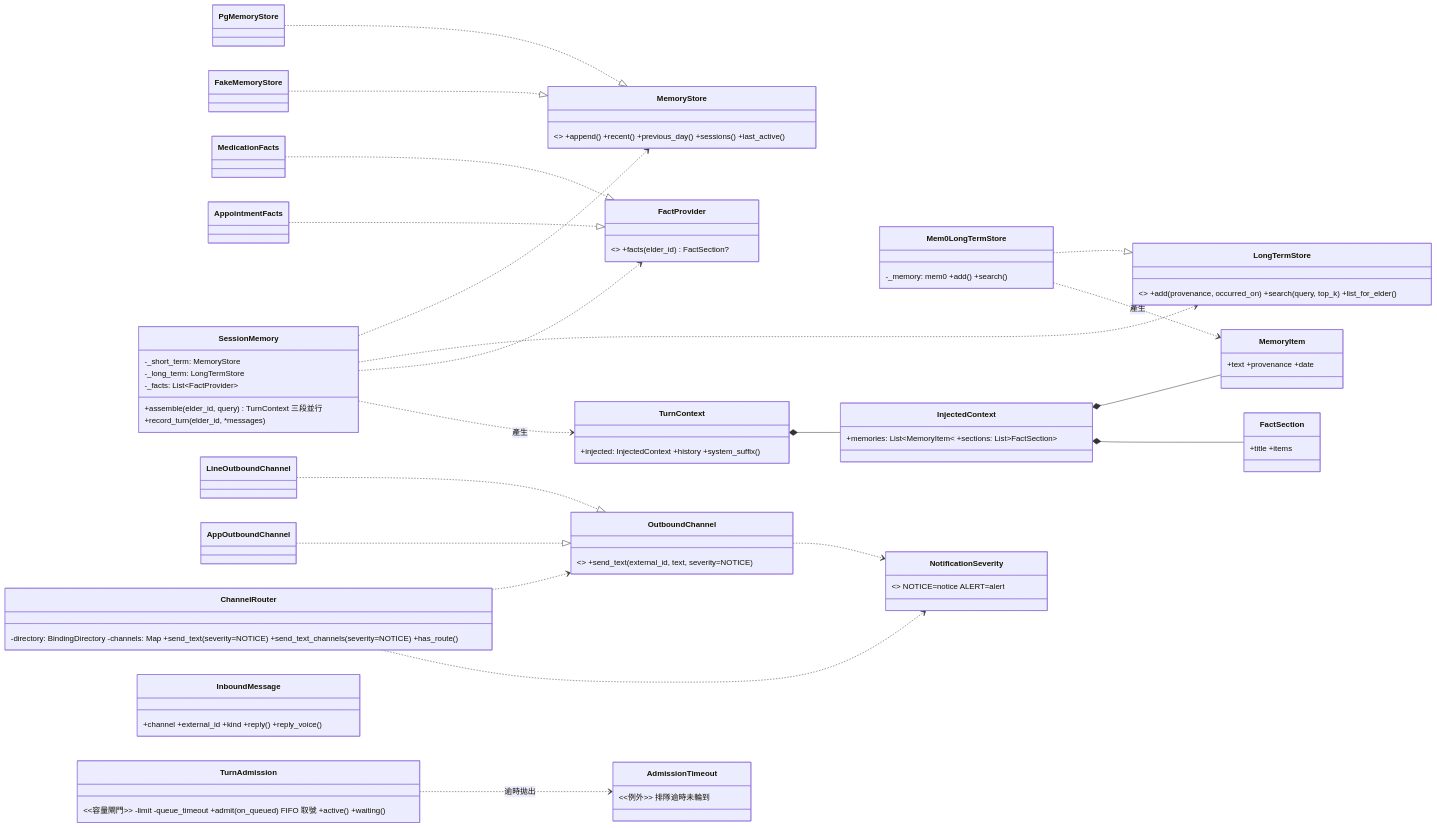
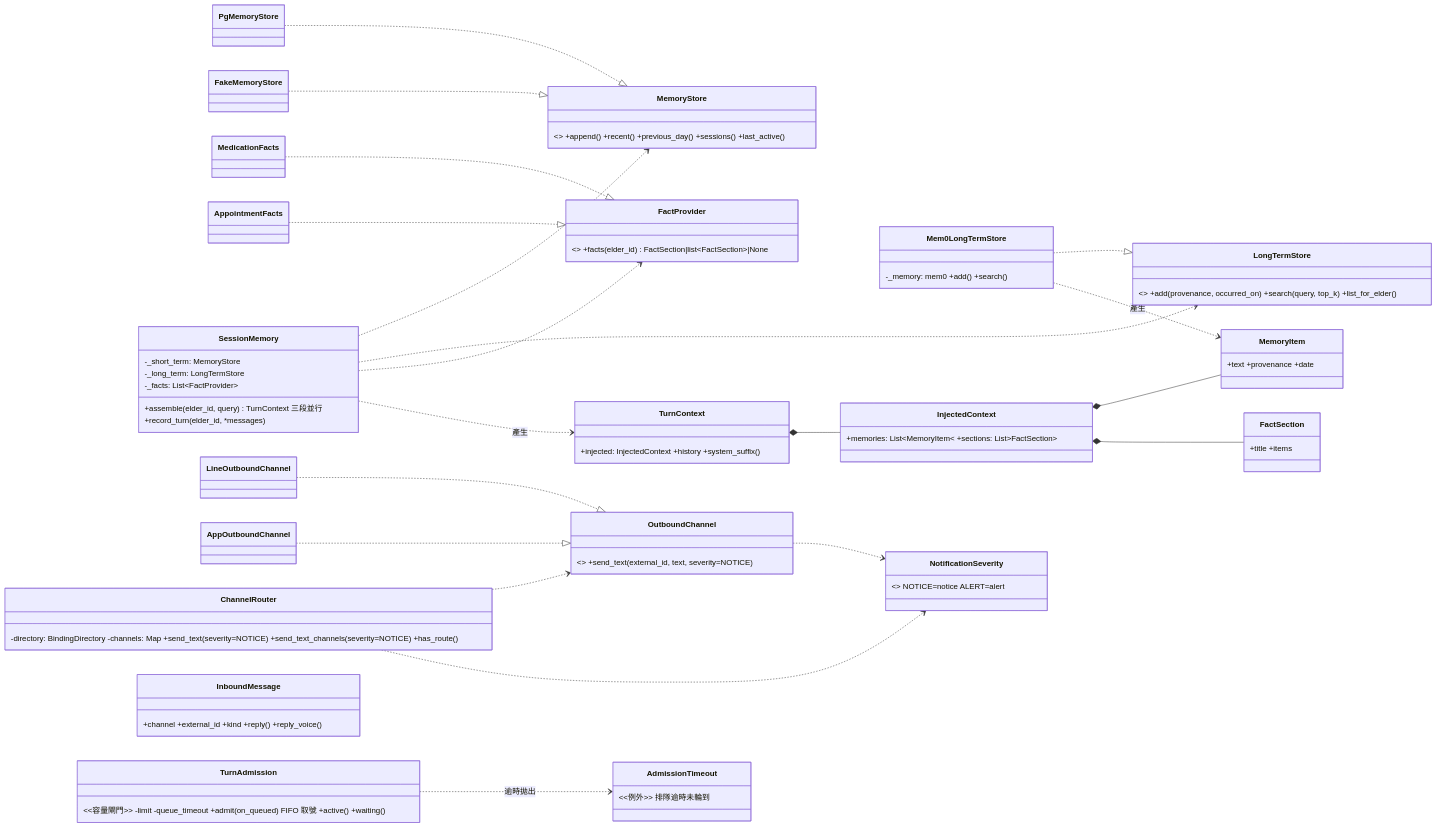
One commit to leo53021313/kinsun changed the third of 7 diagrams in docs/dev/10_類別關係.md. Above: the diagram before and after it, drawn with Mermaid. The commit also changed other lines of this file and 5 other files, not shown here.

````diff
--- a/docs/dev/10_類別關係.md
+++ b/docs/dev/10_類別關係.md
@@ -169,51 +169,51 @@
 ```mermaid
 classDiagram
     direction LR
     class SessionMemory {
         -_short_term: MemoryStore
         -_long_term: LongTermStore
         -_facts: List~FactProvider~
         +assemble(elder_id, query) TurnContext 三段並行
         +record_turn(elder_id, *messages)
     }
     class MemoryStore { <<Protocol>> +append() +recent() +previous_day() +sessions() +last_active() }
     class PgMemoryStore
     class FakeMemoryStore
     class LongTermStore { <<Protocol>> +add(provenance, occurred_on) +search(query, top_k) +list_for_elder() }
     class Mem0LongTermStore { -_memory: mem0 +add() +search() }
-    class FactProvider { <<Protocol>> +facts(elder_id) FactSection? }
+    class FactProvider { <<Protocol>> +facts(elder_id) FactSection|list~FactSection~|None }
     class MedicationFacts
     class AppointmentFacts
     class TurnContext { +injected: InjectedContext +history +system_suffix() }
     class InjectedContext { +memories: List~MemoryItem~ +sections: List~FactSection~ }
     class MemoryItem { +text +provenance +date }
     class FactSection { +title +items }
     class ChannelRouter { -directory: BindingDirectory -channels: Map +send_text(severity=NOTICE) +send_text_channels(severity=NOTICE) +has_route() }
     class OutboundChannel { <<Protocol>> +send_text(external_id, text, severity=NOTICE) }
     class LineOutboundChannel
     class AppOutboundChannel
     class NotificationSeverity { <<StrEnum>> NOTICE=notice ALERT=alert }
     class InboundMessage { +channel +external_id +kind +reply() +reply_voice() }
     class TurnAdmission { <<容量閘門>> -limit -queue_timeout +admit(on_queued) FIFO 取號 +active() +waiting() }
     class AdmissionTimeout { <<例外>> 排隊逾時未輪到 }
 
     PgMemoryStore ..|> MemoryStore
     FakeMemoryStore ..|> MemoryStore
     Mem0LongTermStore ..|> LongTermStore
     MedicationFacts ..|> FactProvider
     AppointmentFacts ..|> FactProvider
     SessionMemory ..> MemoryStore
     SessionMemory ..> LongTermStore
     SessionMemory ..> FactProvider
     SessionMemory ..> TurnContext : 產生
     TurnContext *-- InjectedContext
     InjectedContext *-- MemoryItem
     InjectedContext *-- FactSection
     Mem0LongTermStore ..> MemoryItem : 產生
     LineOutboundChannel ..|> OutboundChannel
     AppOutboundChannel ..|> OutboundChannel
     ChannelRouter ..> OutboundChannel
     OutboundChannel ..> NotificationSeverity
     ChannelRouter ..> NotificationSeverity
     TurnAdmission ..> AdmissionTimeout : 逾時拋出
 ```
````
